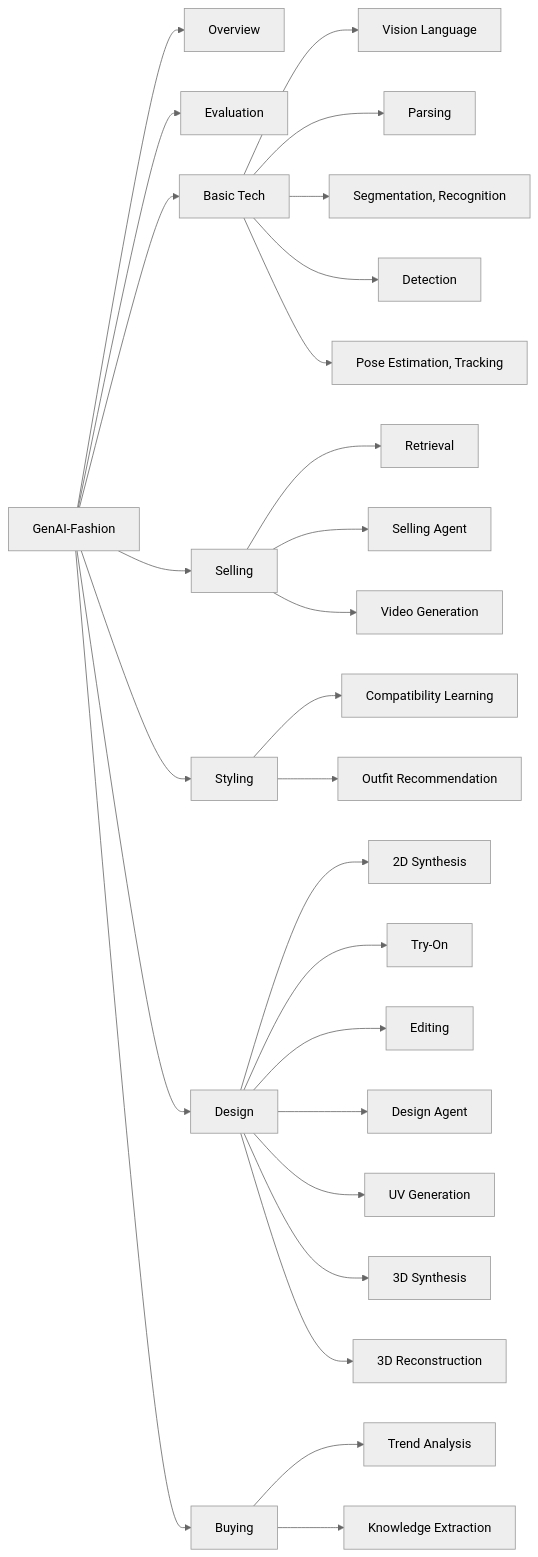
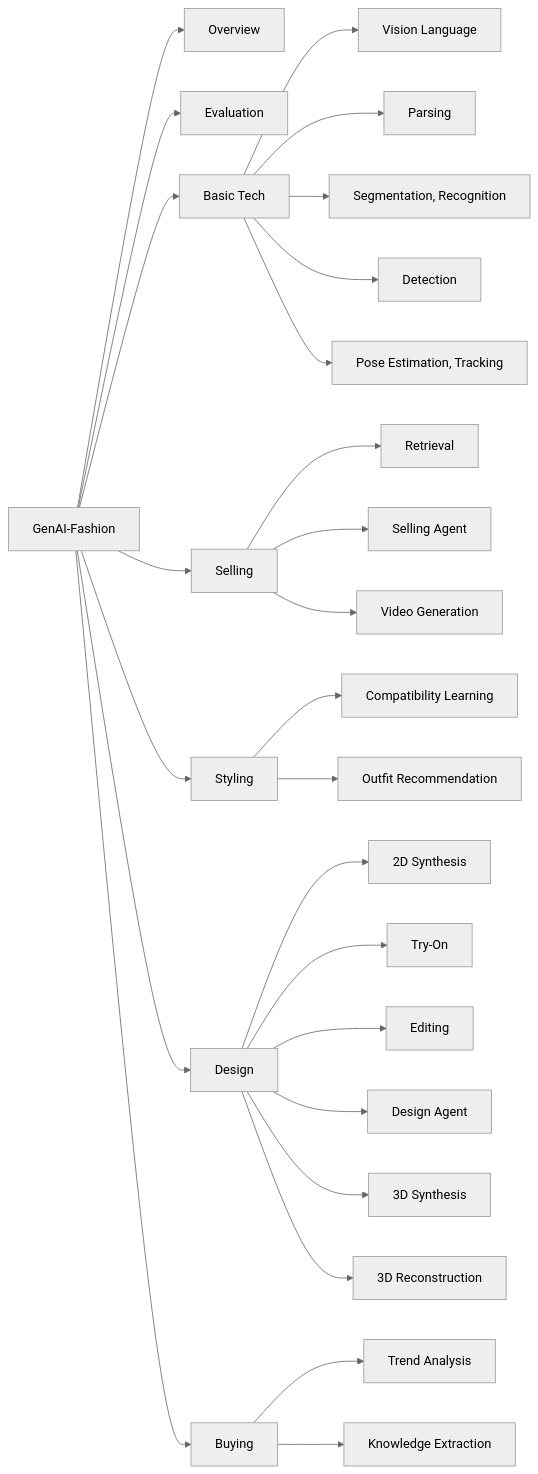
The diagram in README.md (wendashi/Cool-GenAI-Fashion-Papers), drawn with Mermaid (neutral theme) before and after one commit. The commit also changed other lines of this file, not shown here.

````diff
--- a/README.md
+++ b/README.md
@@ -42,36 +41,35 @@
 ```mermaid
 graph LR
   GenAIFashion[GenAI-Fashion]
   GenAIFashion --> Overview[Overview]
   GenAIFashion --> Evaluation[Evaluation]
   GenAIFashion --> BasicTech[Basic Tech]
   GenAIFashion --> Selling[Selling]
   GenAIFashion --> Styling[Styling]
   GenAIFashion --> Design[Design]
   GenAIFashion --> Buying[Buying]
 
   BasicTech --> VisionLanguage[Vision Language]
   BasicTech --> Parsing[Parsing]
   BasicTech --> SegmentationRecognition[Segmentation, Recognition]
   BasicTech --> Detection[Detection]
   BasicTech --> PoseEstimationTracking[Pose Estimation, Tracking] 
 
   Selling --> Retrieval[Retrieval]
   Selling --> SellingAgent[Selling Agent]
   Selling --> VideoGeneration[Video Generation]
 
   Styling --> CompatibilityLearning[Compatibility Learning]
   Styling --> OutfitRecommendation[Outfit Recommendation]
 
   Design --> 2DSynthesis[2D Synthesis]
   Design --> TryOn[Try-On]
   Design --> Editing[Editing]
   Design --> DesignAgent[Design Agent]
-  Design --> UVGeneration[UV Generation]
   Design --> 3DSynthesis[3D Synthesis]
   Design --> 3DReconstruction[3D Reconstruction]
   
   Buying --> TrendAnalysis[Trend Analysis]
   Buying --> KnowledgeExtraction[Knowledge Extraction]
   
 ```
````
